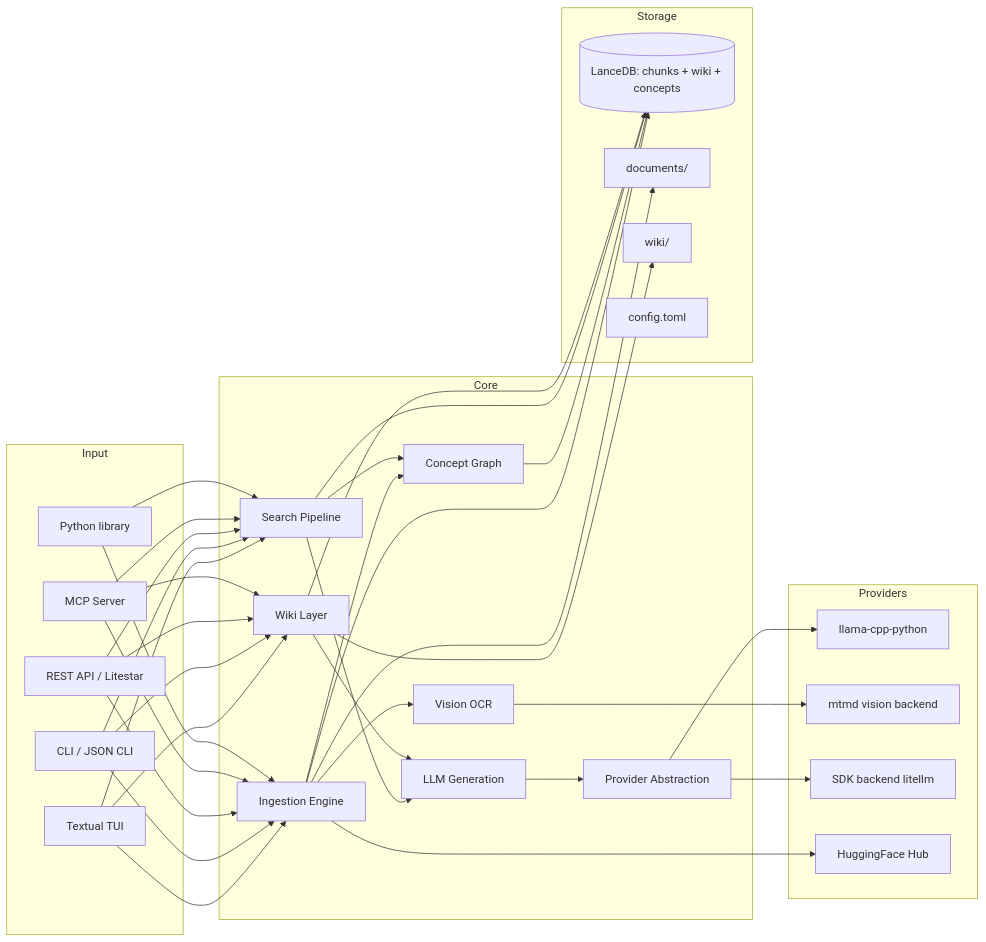
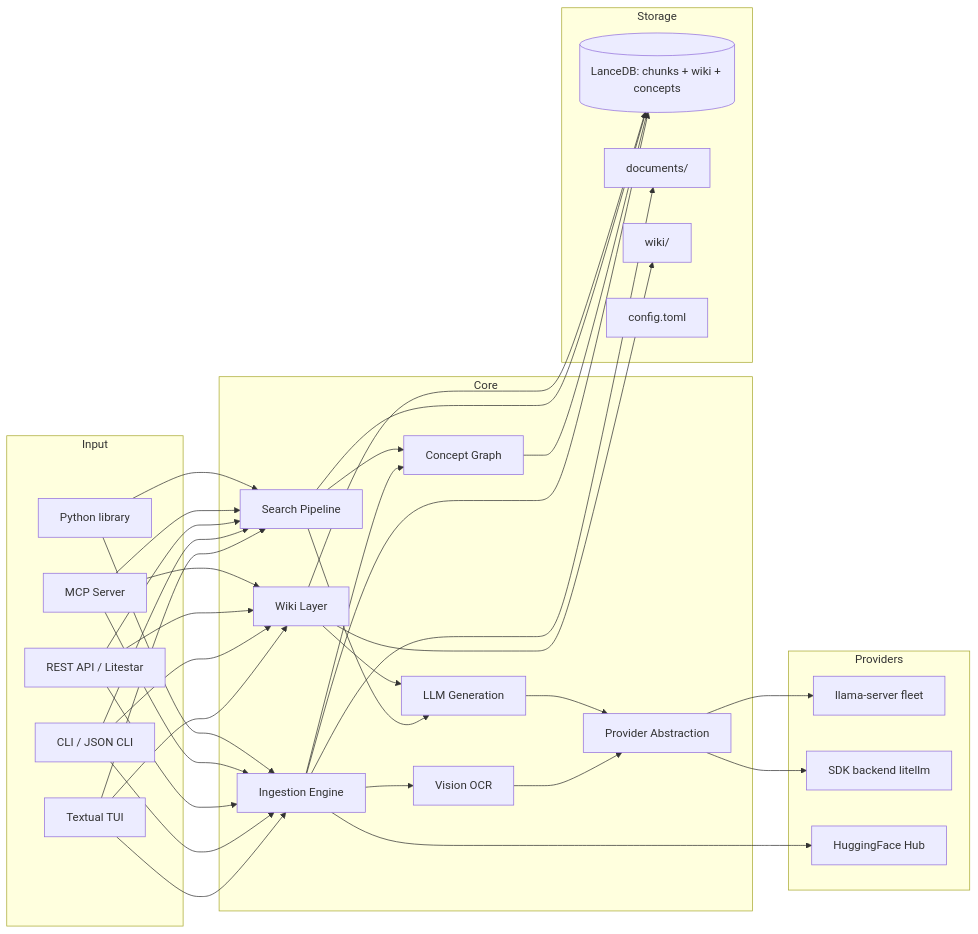
One commit to tobocop2/lilbee changed the first of 8 diagrams in docs/architecture.md. Above: the diagram before and after it, drawn with Mermaid. The commit also changed other lines of this file and 551 other files, not shown here.

````diff
--- a/docs/architecture.md
+++ b/docs/architecture.md
@@ -15,54 +15,53 @@
 ```mermaid
 flowchart LR
     subgraph Input
         TUI[Textual TUI]
         CLI[CLI / JSON CLI]
         API[REST API / Litestar]
         MCP[MCP Server]
         LIB[Python library]
     end
 
     subgraph Core
         INGEST[Ingestion Engine]
         VISION[Vision OCR]
         CONCEPT[Concept Graph]
         SEARCH[Search Pipeline]
         WIKI[Wiki Layer]
         GEN[LLM Generation]
         PROV[Provider Abstraction]
     end
 
     subgraph Storage
         LANCE[(LanceDB: chunks + wiki + concepts)]
         DOCS[documents/]
         WIKIDIR[wiki/]
         CONF[config.toml]
     end
 
     subgraph Providers
-        LLAMA[llama-cpp-python]
-        MTMD[mtmd vision backend]
+        FLEET[llama-server fleet]
         SDK[SDK backend litellm]
         HF[HuggingFace Hub]
     end
 
     TUI --> SEARCH & INGEST & WIKI
     CLI --> SEARCH & INGEST & WIKI
     API --> SEARCH & INGEST & WIKI
     MCP --> SEARCH & INGEST & WIKI
     LIB --> SEARCH & INGEST
 
     INGEST --> LANCE & DOCS
     INGEST --> VISION
     INGEST --> CONCEPT
     CONCEPT --> LANCE
-    VISION --> MTMD
+    VISION --> PROV
     SEARCH --> LANCE
     SEARCH --> CONCEPT
     SEARCH --> GEN
     WIKI --> LANCE & WIKIDIR
     WIKI --> GEN
     GEN --> PROV
-    PROV --> LLAMA & SDK
+    PROV --> FLEET & SDK
     INGEST --> HF
 ```
````
